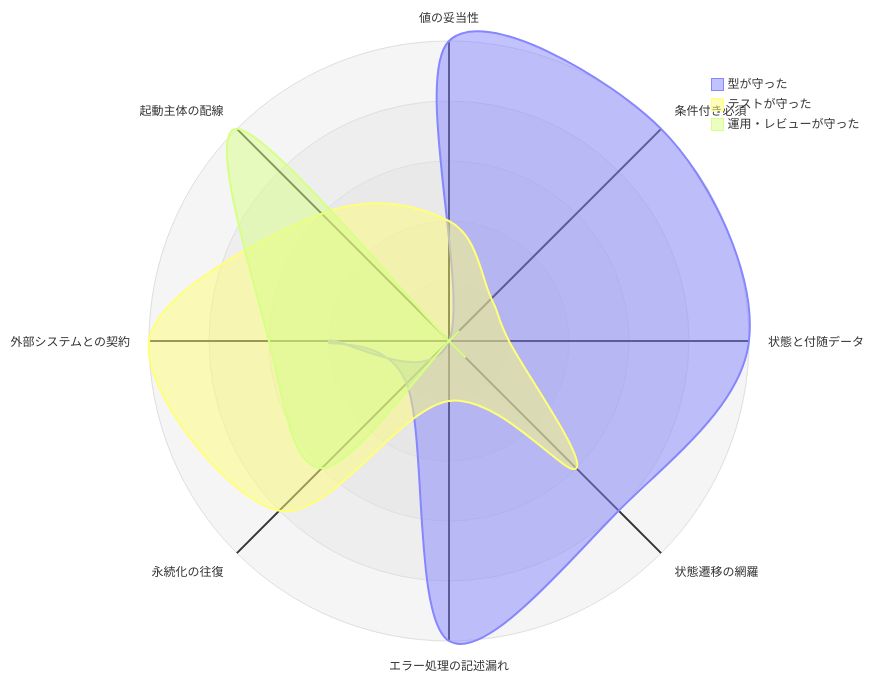
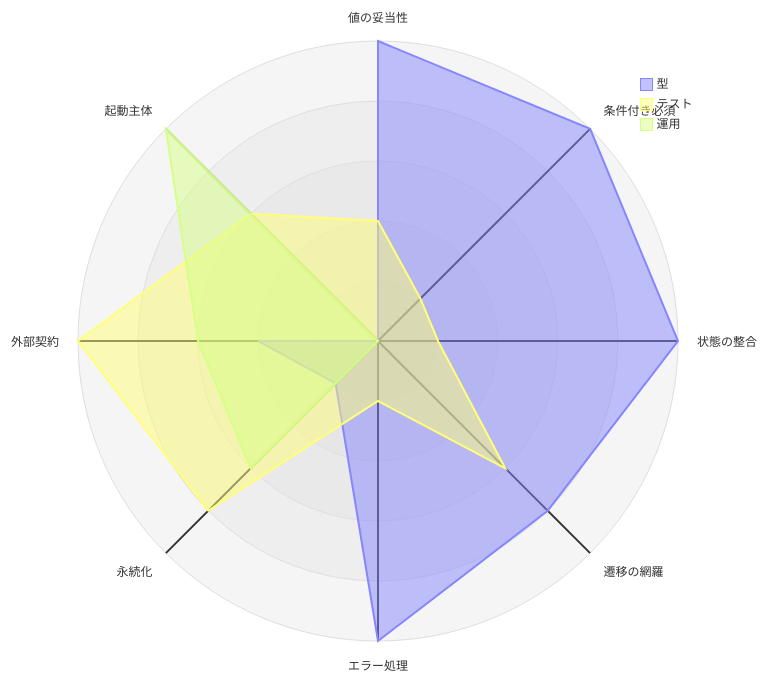
One commit to k2works/case-study-cargo-tracker changed the first of 2 diagrams in docs/article/functional-domain-modeling/10-summary.md. Above: the diagram before and after it, drawn with Mermaid. The commit also changed other lines of this file and 2 other files, not shown here.

First line of the commit message:
fix(docs): mermaid のカスタムフェンスを fence_div_format に変更

````diff
--- a/docs/article/functional-domain-modeling/10-summary.md
+++ b/docs/article/functional-domain-modeling/10-summary.md
@@ -231,10 +231,16 @@
 ```mermaid
+---
+config:
+  radar:
+    curveTension: 0
+    graticule: polygon
+---
 radar-beta
-  axis v["値の妥当性"], c["条件付き必須"], s["状態と付随データ"], t["状態遷移の網羅"]
-  axis e["エラー処理の記述漏れ"], p["永続化の往復"], x["外部システムとの契約"], w["起動主体の配線"]
-  curve types["型が守った"]{5, 5, 5, 4, 5, 1, 2, 0}
-  curve tests["テストが守った"]{2, 1, 1, 3, 1, 4, 5, 3}
-  curve ops["運用・レビューが守った"]{0, 0, 0, 0, 0, 3, 3, 5}
+  axis v["値の妥当性"], c["条件付き必須"], s["状態の整合"], t["遷移の網羅"]
+  axis e["エラー処理"], p["永続化"], x["外部契約"], w["起動主体"]
+  curve types["型"]{5, 5, 5, 4, 5, 1, 2, 0}
+  curve tests["テスト"]{2, 1, 1, 3, 1, 4, 5, 3}
+  curve ops["運用"]{0, 0, 0, 0, 0, 3, 3, 5}
   max 5
   min 0
 ```
````
